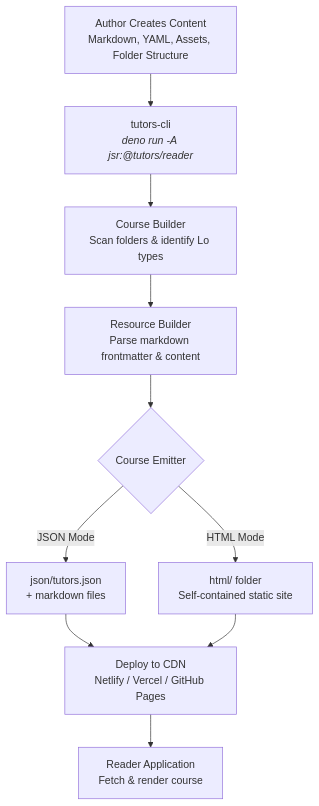
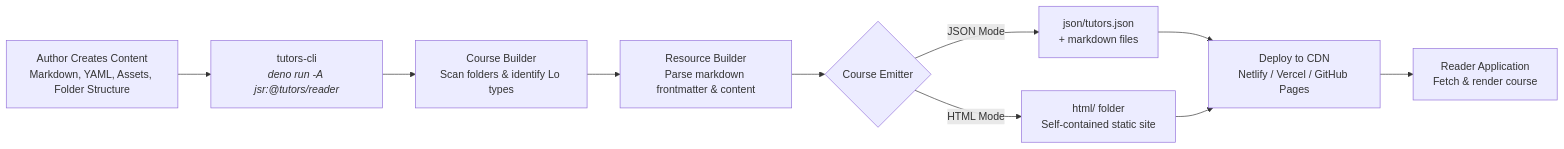
The eighth of 13 diagrams in unit-4-implement/note-architecture/note-architecture.md (tutors-sdk/workshop-2024), drawn with Mermaid before and after one commit. The commit also changed 1 other file, not shown here.

Commit message:
update diagram

````diff
--- a/unit-4-implement/note-architecture/note-architecture.md
+++ b/unit-4-implement/note-architecture/note-architecture.md
@@ -1222,18 +1222,18 @@
 ```mermaid
-flowchart TD
+flowchart LR
   author["Author Creates Content<br/>Markdown, YAML, Assets, Folder Structure"]
 
   author --> cli["tutors-cli<br/><i>deno run -A jsr:@tutors/reader</i>"]
 
   cli --> builder["Course Builder<br/>Scan folders & identify Lo types"]
   builder --> resource["Resource Builder<br/>Parse markdown frontmatter & content"]
   resource --> emitter{"Course Emitter"}
 
   emitter -->|JSON Mode| json["json/tutors.json<br/>+ markdown files"]
   emitter -->|HTML Mode| html["html/ folder<br/>Self-contained static site"]
 
   json --> cdn["Deploy to CDN<br/>Netlify / Vercel / GitHub Pages"]
   html --> cdn
 
   cdn --> reader_app["Reader Application<br/>Fetch & render course"]
 ```
````
